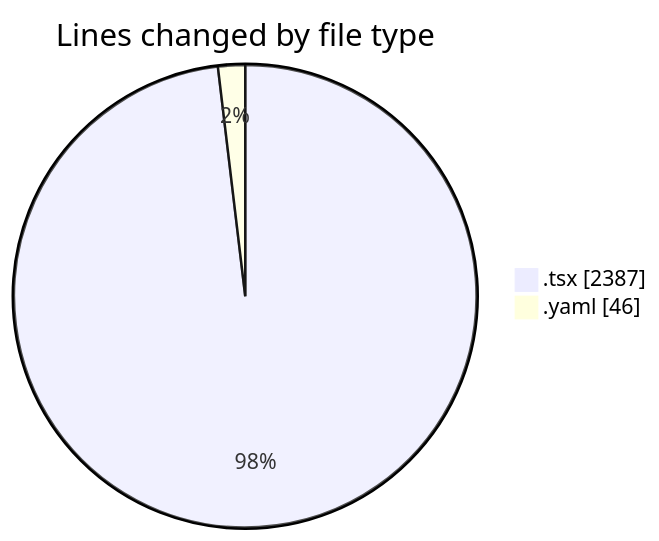
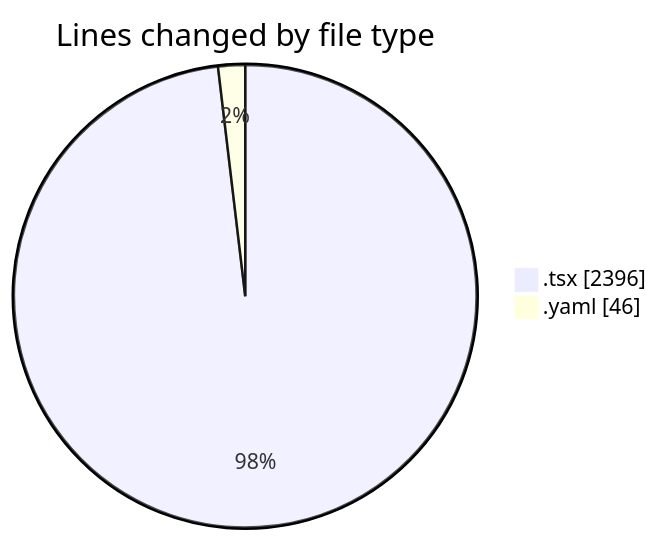
The first of 2 diagrams in 2025-11-20/cda/README.md (momahboobian/code-tracking), drawn with Mermaid before and after one commit. The commit also changed other lines of this file and 1 other file, not shown here.

````diff
--- a/2025-11-20/cda/README.md
+++ b/2025-11-20/cda/README.md
@@ -31,6 +31,6 @@
 ```mermaid
 pie showData
 title Lines changed by file type
-".tsx" : 2387
+".tsx" : 2396
 ".yaml" : 46
 ```
````
